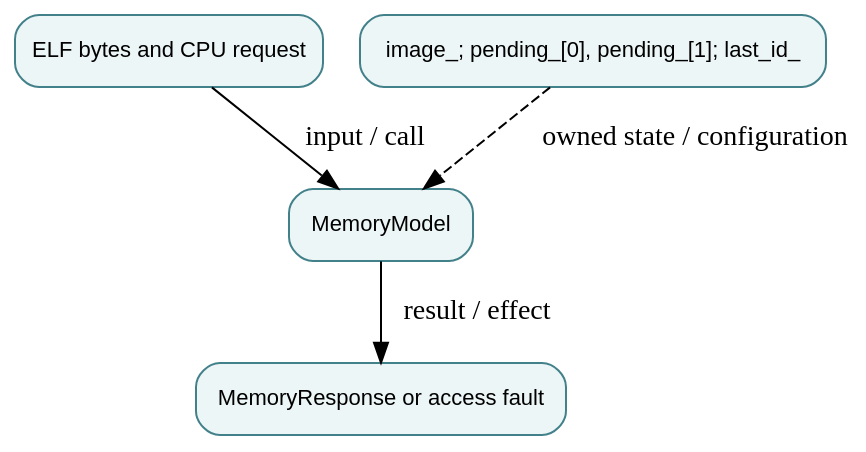
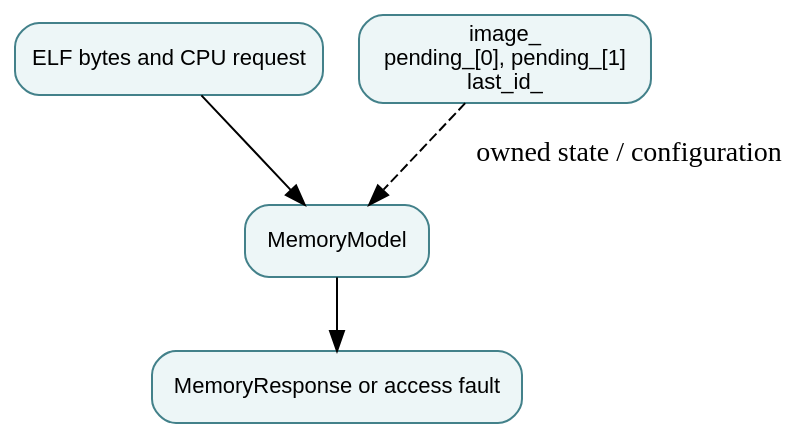
The diagram in docs/modules/memory-and-response-model.md (qsbit-org/qsbit-sim), drawn with Graphviz before and after one commit. The commit also changed other lines of this file and 41 other files, not shown here.

````diff
--- a/docs/modules/memory-and-response-model.md
+++ b/docs/modules/memory-and-response-model.md
@@ -17,11 +14,11 @@
 ```{graphviz}
 digraph module {
   rankdir=TB; bgcolor="transparent";
   node [shape=box, style="rounded,filled", fillcolor="#edf6f7", color="#43818a", fontname="sans-serif", fontsize=11];
   input [label="ELF bytes and CPU request"];
   owner [label="MemoryModel"];
-  state [label="image_; pending_[0], pending_[1]; last_id_"];
+  state [label="image_\npending_[0], pending_[1]\nlast_id_"];
   output [label="MemoryResponse or access fault"];
-  input -> owner [label="input / call"]; owner -> output [label="result / effect"]; state -> owner [style=dashed, label="owned state / configuration"];
+  input -> owner; owner -> output; state -> owner [style=dashed, label="owned state / configuration"];
 }
 ```
````
